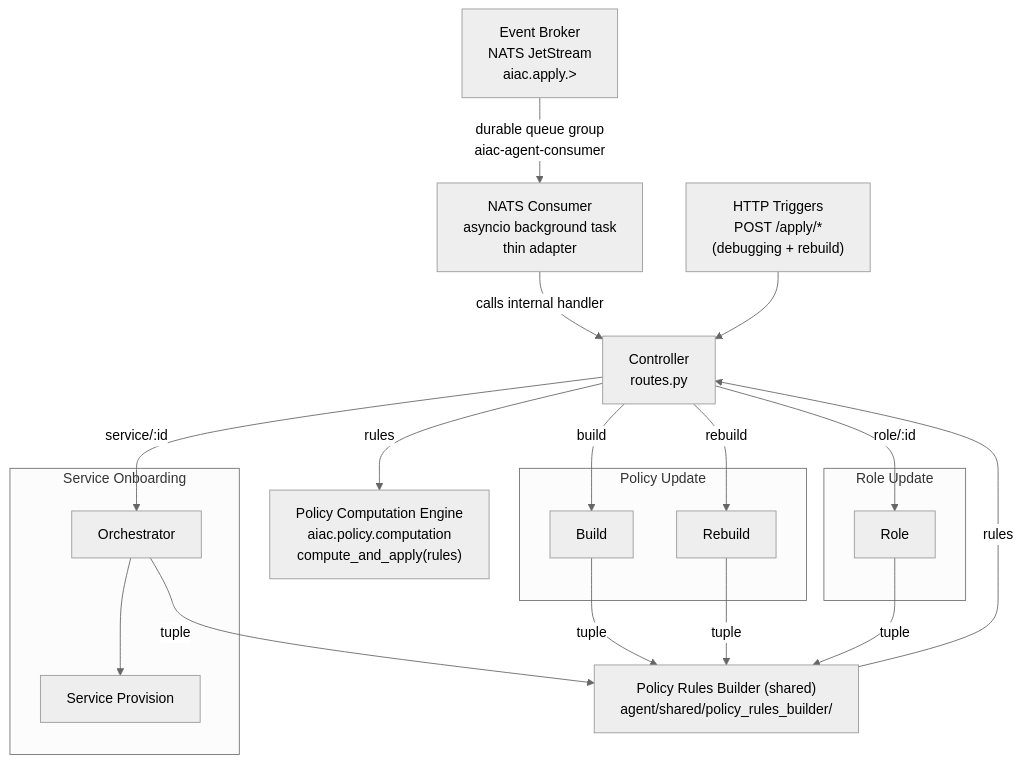
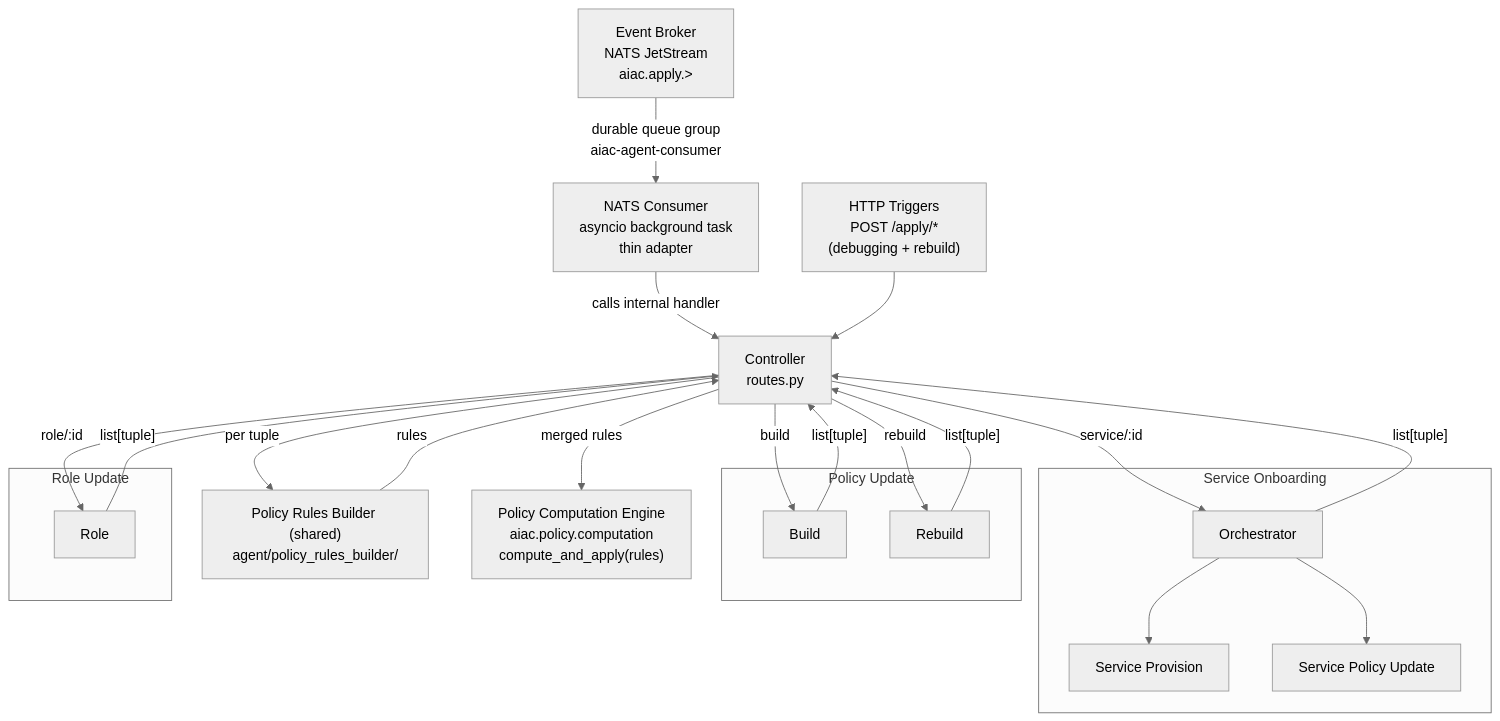
Before and after one commit to rossoctl/aiac: the diagram in inception/requirements/components/aiac-agent.md, drawn with Mermaid (neutral theme). The commit also changed other lines of this file, not shown here.

First line of the commit message:
docs(aiac-agent): align main PRD with grill-me shared contract

````diff
--- a/inception/requirements/components/aiac-agent.md
+++ b/inception/requirements/components/aiac-agent.md
@@ -28,42 +28,45 @@
 ```mermaid
 flowchart TD
     NATS["Event Broker\nNATS JetStream\naiac.apply.>"]
     NATS_CONSUMER["NATS Consumer\nasyncio background task\nthin adapter"]
     TRIGGERS["HTTP Triggers\nPOST /apply/*\n(debugging + rebuild)"]
     CTRL["Controller\nroutes.py"]
 
     NATS -->|"durable queue group\naiac-agent-consumer"| NATS_CONSUMER
     NATS_CONSUMER -->|"calls internal handler"| CTRL
     TRIGGERS --> CTRL
 
     subgraph CO["Service Onboarding"]
         ORC1["Orchestrator"]
         SA1["Service Provision"]
+        SA2["Service Policy Update"]
         ORC1 --> SA1
+        ORC1 --> SA2
     end
 
     subgraph PU["Policy Update"]
         SA4["Build"]
         SA5["Rebuild"]
     end
 
     subgraph RR["Role Update"]
         SA6["Role"]
     end
 
-    PRB["Policy Rules Builder (shared)\nagent/shared/policy_rules_builder/"]
+    PRB["Policy Rules Builder (shared)\nagent/policy_rules_builder/"]
     PCE["Policy Computation Engine\naiac.policy.computation\ncompute_and_apply(rules)"]
 
     CTRL -->|"service/:id"| ORC1
     CTRL -->|"build"| SA4
     CTRL -->|"rebuild"| SA5
     CTRL -->|"role/:id"| SA6
 
-    ORC1 -->|"tuple"| PRB
-    SA4 -->|"tuple"| PRB
-    SA5 -->|"tuple"| PRB
-    SA6 -->|"tuple"| PRB
+    ORC1 -->|"list[tuple]"| CTRL
+    SA4  -->|"list[tuple]"| CTRL
+    SA5  -->|"list[tuple]"| CTRL
+    SA6  -->|"list[tuple]"| CTRL
 
-    PRB -->|"rules"| CTRL
-    CTRL -->|"rules"| PCE
+    CTRL -->|"per tuple"| PRB
+    PRB  -->|"rules"| CTRL
+    CTRL -->|"merged rules"| PCE
 ```
````
